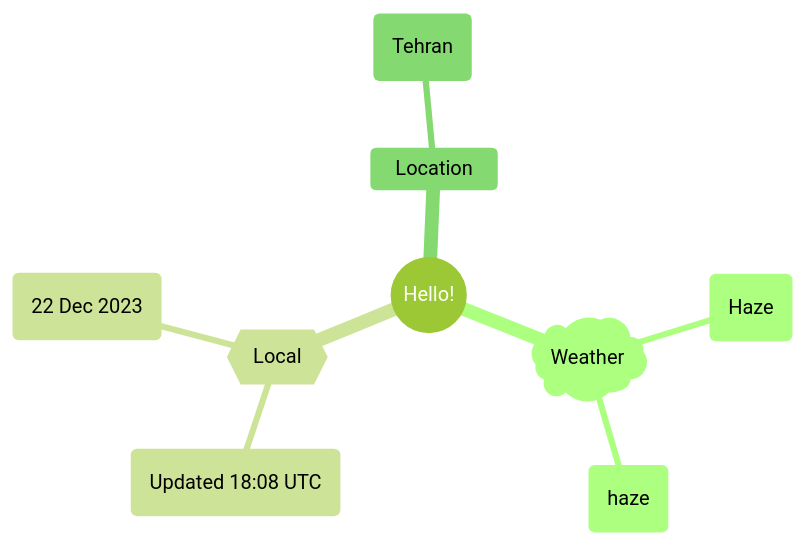
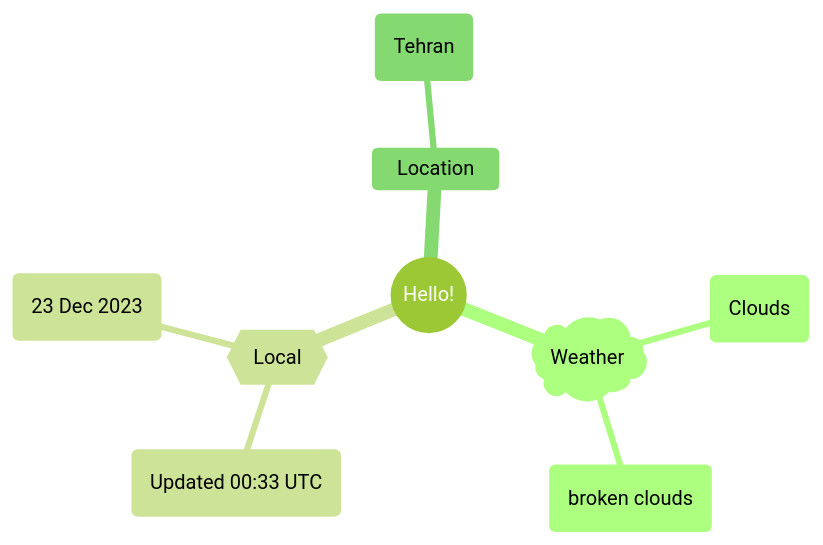
The first of 2 diagrams in README.md (Xosrov/Xosrov), drawn with Mermaid (forest theme) before and after one commit.

Commit message:
[bot] updated images

````diff
--- a/README.md
+++ b/README.md
@@ -3,12 +3,12 @@
 ```mermaid
 mindmap
   root((Hello!))
     )Weather(
-        (Haze)
-        (haze)
+        (Clouds)
+        (broken clouds)
     {{Local}}
-        (Updated 18:08 UTC)
-        (22 Dec 2023)
+        (Updated 00:33 UTC)
+        (23 Dec 2023)
     Location
         (Tehran)
 ```
````
